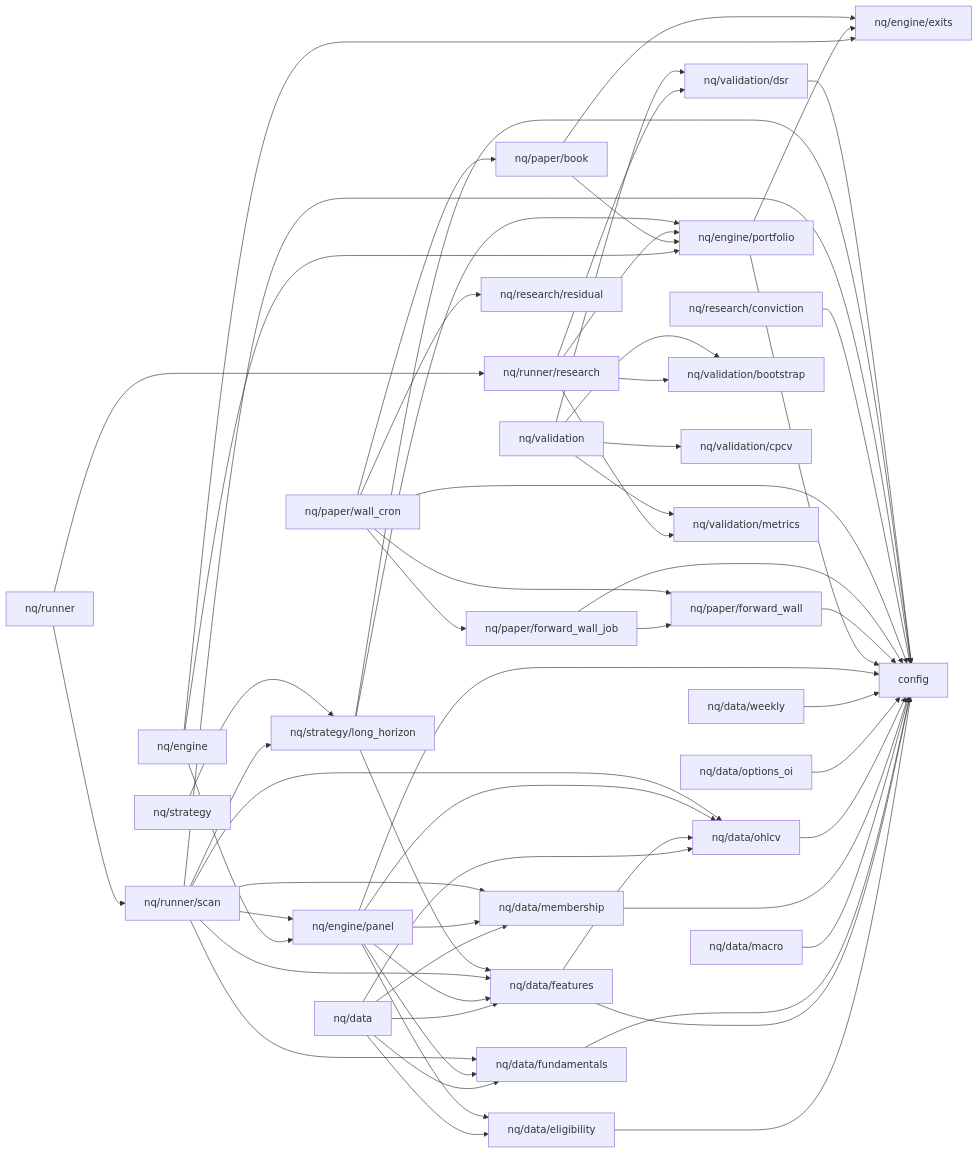
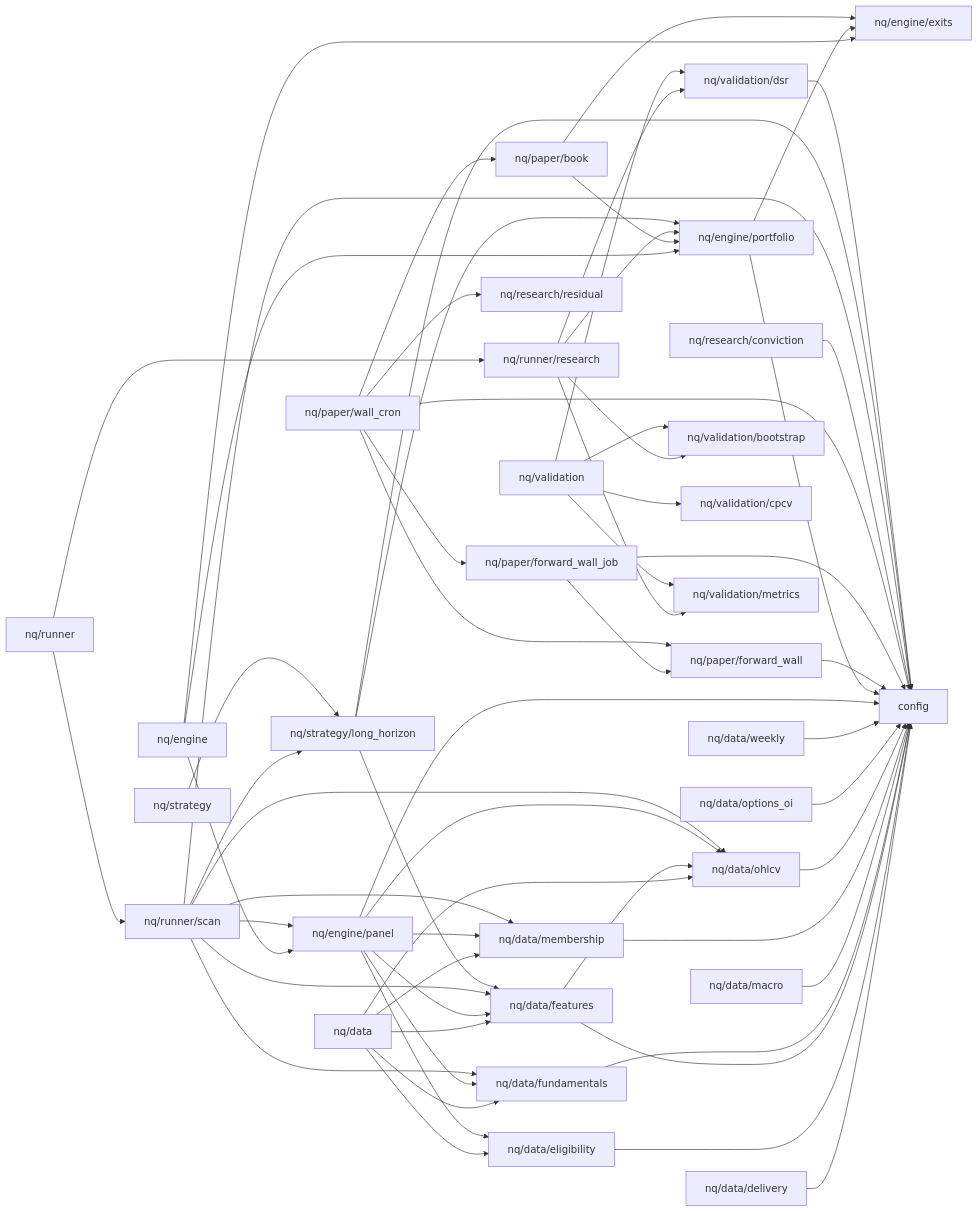
One commit to kreeshpatel/nifty-satvik changed the diagram in docs/DEPENDENCY_MAP.md. Above: the diagram before and after it, drawn with Mermaid. The commit also changed 5 other files, not shown here.

```diff
--- a/docs/DEPENDENCY_MAP.md
+++ b/docs/DEPENDENCY_MAP.md
@@ -10,6 +10,7 @@
 flowchart LR
     config["config"]
     nq_data["nq/data"]
+    nq_data_delivery["nq/data/delivery"]
     nq_data_eligibility["nq/data/eligibility"]
     nq_data_features["nq/data/features"]
     nq_data_fundamentals["nq/data/fundamentals"]
@@ -43,6 +44,7 @@
     nq_data --> nq_data_fundamentals
     nq_data --> nq_data_membership
     nq_data --> nq_data_ohlcv
+    nq_data_delivery --> config
     nq_data_eligibility --> config
     nq_data_features --> config
     nq_data_features --> nq_data_ohlcv
```
